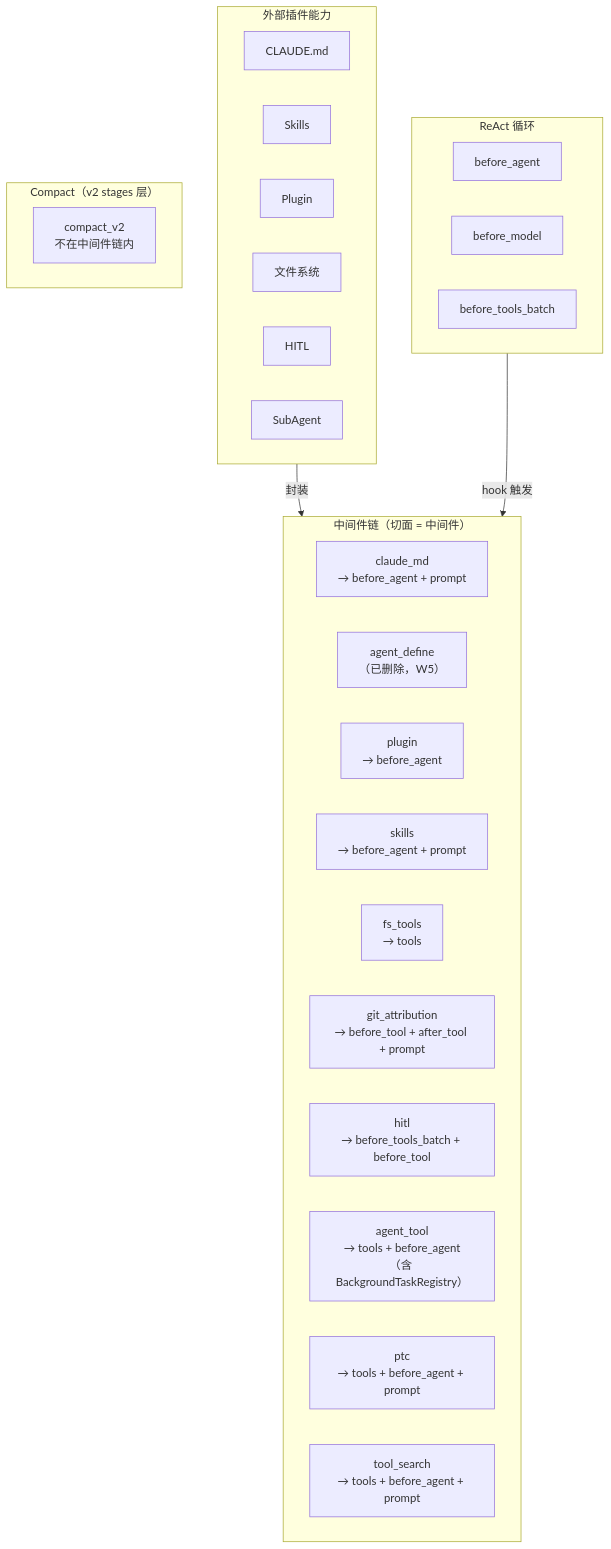
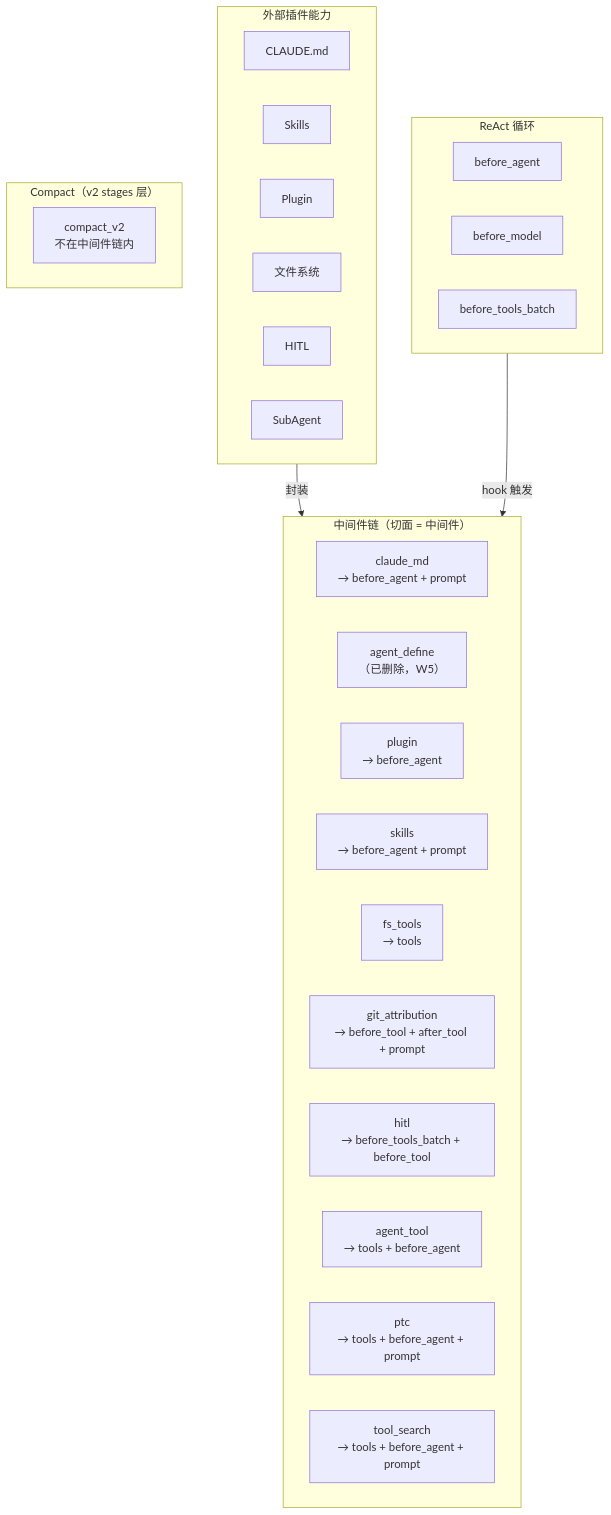
The diagram in docs/design/middleware-system.md (KonghaYao/peri), drawn with Mermaid before and after one commit. The commit also changed other lines of this file and 184 other files, not shown here.

````diff
--- a/docs/design/middleware-system.md
+++ b/docs/design/middleware-system.md
@@ -20,38 +20,38 @@
 ```mermaid
 graph TB
     subgraph PLUGIN["外部插件能力"]
         P1["CLAUDE.md"]
         P2["Skills"]
         P3["Plugin"]
         P4["文件系统"]
         P5["HITL"]
         P6["SubAgent"]
     end
 
     subgraph CHAIN["中间件链（切面 = 中间件）"]
         direction LR
         C1["claude_md<br/>→ before_agent + prompt"]
         C1b["agent_define<br/>（已删除，W5）"]
         C1c["plugin<br/>→ before_agent"]
         C2["skills<br/>→ before_agent + prompt"]
         C3["fs_tools<br/>→ tools"]
         C3b["git_attribution<br/>→ before_tool + after_tool + prompt"]
         C4["hitl<br/>→ before_tools_batch + before_tool"]
-        C5["agent_tool<br/>→ tools + before_agent<br/>（含 BackgroundTaskRegistry）"]
+        C5["agent_tool<br/>→ tools + before_agent"]
         C6["ptc<br/>→ tools + before_agent + prompt"]
         C7["tool_search<br/>→ tools + before_agent + prompt"]
     end
 
     subgraph REACT["ReAct 循环"]
         H1["before_agent"]
         H2["before_model"]
         H3["before_tools_batch"]
     end
 
     subgraph COMPACT["Compact（v2 stages 层）"]
         H4["compact_v2<br/>不在中间件链内"]
     end
 
     PLUGIN -->|"封装"| CHAIN
     REACT -->|"hook 触发"| CHAIN
 ```
````
